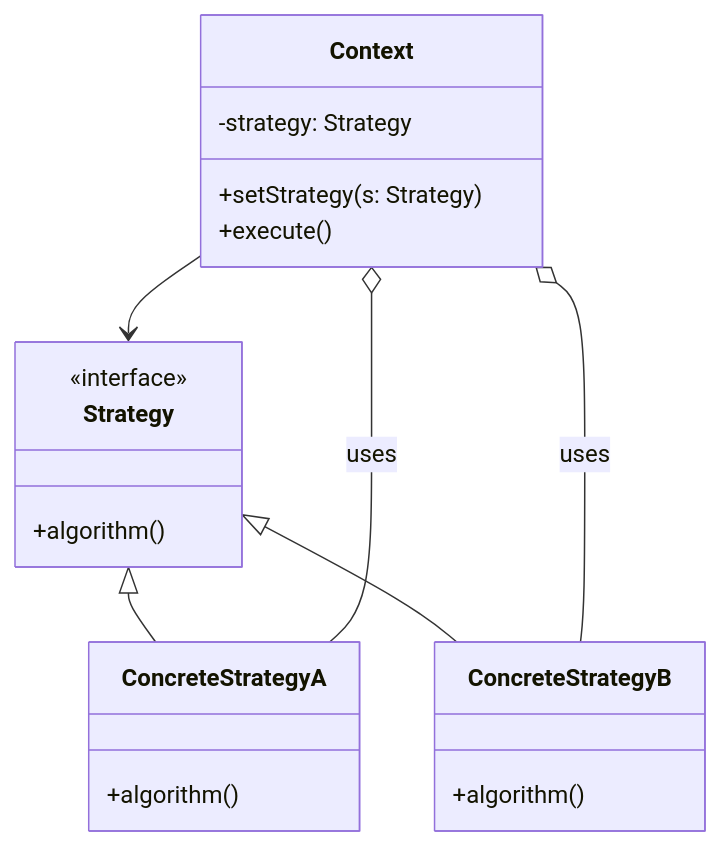
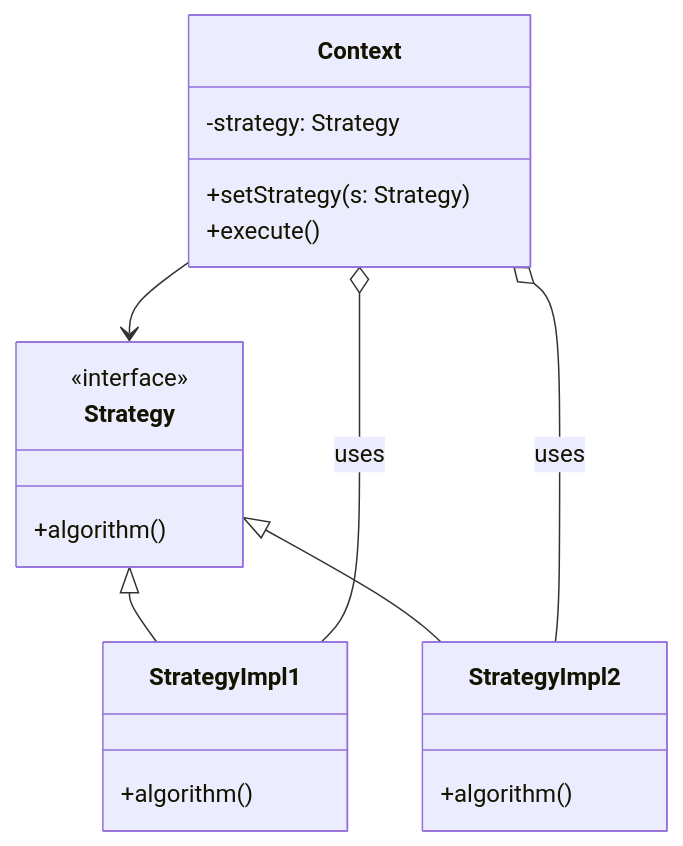
Before and after one commit to ANZER03/Strategy-Design-Patter: the diagram in README.md, drawn with Mermaid. The commit also changed other lines of this file, not shown here.

````diff
--- a/README.md
+++ b/README.md
@@ -15,24 +14,24 @@
 ```mermaid
 classDiagram
     class Context {
       -strategy: Strategy
       +setStrategy(s: Strategy)
       +execute()
     }
     class Strategy {
       <<interface>>
       +algorithm()
     }
-    class ConcreteStrategyA {
+    class StrategyImpl1 {
       +algorithm()
     }
-    class ConcreteStrategyB {
+    class StrategyImpl2 {
       +algorithm()
     }
 
     Context --> Strategy
-    Strategy <|-- ConcreteStrategyA
-    Strategy <|-- ConcreteStrategyB
-    Context o-- ConcreteStrategyA : uses
-    Context o-- ConcreteStrategyB : uses
+    Strategy <|-- StrategyImpl1
+    Strategy <|-- StrategyImpl2
+    Context o-- StrategyImpl1 : uses
+    Context o-- StrategyImpl2 : uses
 ```
````
